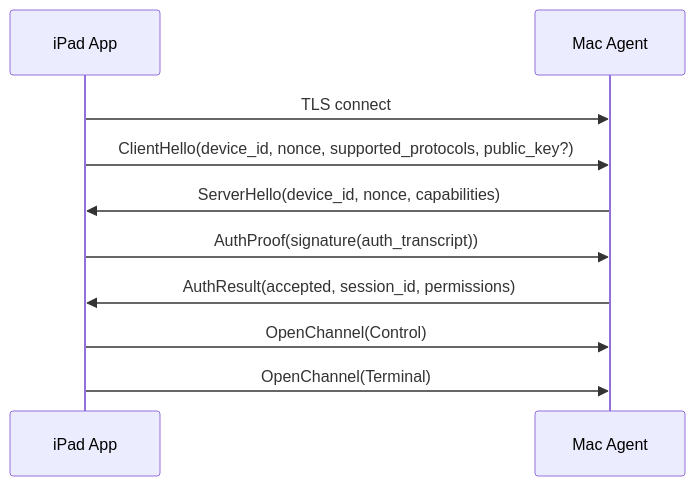
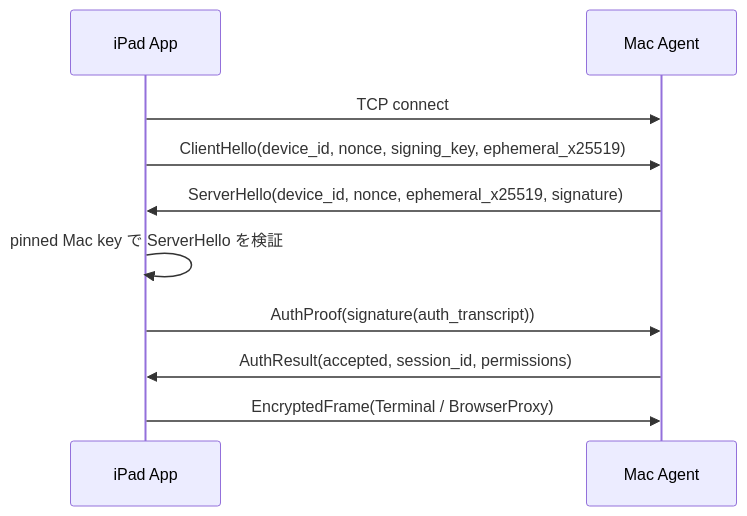
Before and after one commit to zyom45/RemotePad: the second of 2 diagrams in docs/protocol.md, drawn with Mermaid. The commit also changed other lines of this file and 26 other files, not shown here.

````diff
--- a/docs/protocol.md
+++ b/docs/protocol.md
@@ -127,13 +130,13 @@
 ```mermaid
 sequenceDiagram
     participant I as iPad App
     participant M as Mac Agent
 
-    I->>M: TLS connect
-    I->>M: ClientHello(device_id, nonce, supported_protocols, public_key?)
-    M->>I: ServerHello(device_id, nonce, capabilities)
+    I->>M: TCP connect
+    I->>M: ClientHello(device_id, nonce, signing_key, ephemeral_x25519)
+    M->>I: ServerHello(device_id, nonce, ephemeral_x25519, signature)
+    I->>I: pinned Mac key で ServerHello を検証
     I->>M: AuthProof(signature(auth_transcript))
     M->>I: AuthResult(accepted, session_id, permissions)
-    I->>M: OpenChannel(Control)
-    I->>M: OpenChannel(Terminal)
+    I->>M: EncryptedFrame(Terminal / BrowserProxy)
 ```
````
